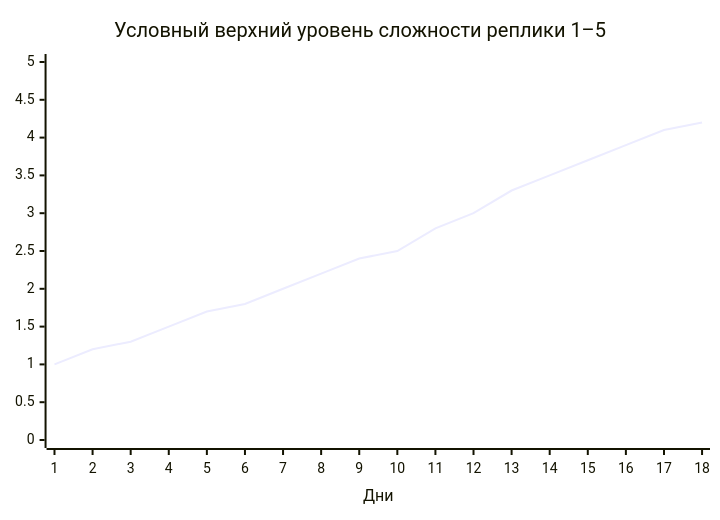
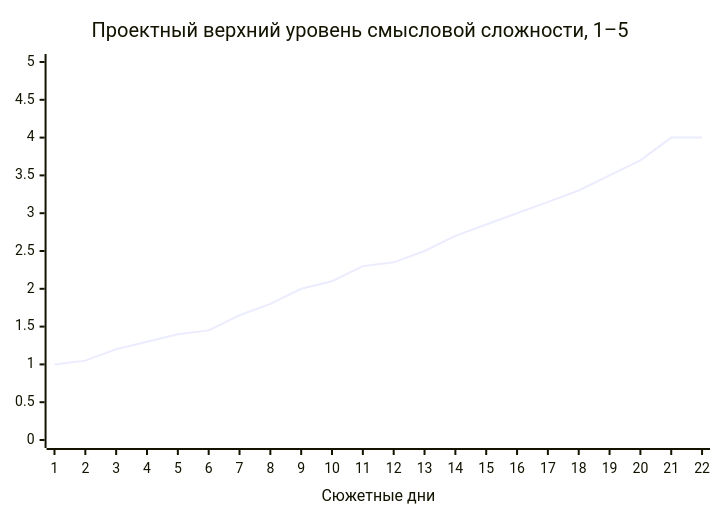
Before and after one commit to ExecBit/language-life-sim: the fourth of 5 diagrams in implementations/story_rpg/docs/ACT_DAY_PROGRESSION_MAP.md, drawn with Mermaid. The commit also changed other lines of this file, not shown here.

````diff
--- a/implementations/story_rpg/docs/ACT_DAY_PROGRESSION_MAP.md
+++ b/implementations/story_rpg/docs/ACT_DAY_PROGRESSION_MAP.md
@@ -101,7 +110,7 @@
 ```mermaid
 xychart-beta
-    title "Условный верхний уровень сложности реплики 1–5"
-    x-axis "Дни" [1, 2, 3, 4, 5, 6, 7, 8, 9, 10, 11, 12, 13, 14, 15, 16, 17, 18]
+    title "Проектный верхний уровень смысловой сложности, 1–5"
+    x-axis "Сюжетные дни" [1, 2, 3, 4, 5, 6, 7, 8, 9, 10, 11, 12, 13, 14, 15, 16, 17, 18, 19, 20, 21, 22]
     y-axis 0 --> 5
-    line [1, 1.2, 1.3, 1.5, 1.7, 1.8, 2, 2.2, 2.4, 2.5, 2.8, 3, 3.3, 3.5, 3.7, 3.9, 4.1, 4.2]
+    line [1, 1.05, 1.2, 1.3, 1.4, 1.45, 1.65, 1.8, 2, 2.1, 2.3, 2.35, 2.5, 2.7, 2.85, 3, 3.15, 3.3, 3.5, 3.7, 4, 4]
 ```
````
